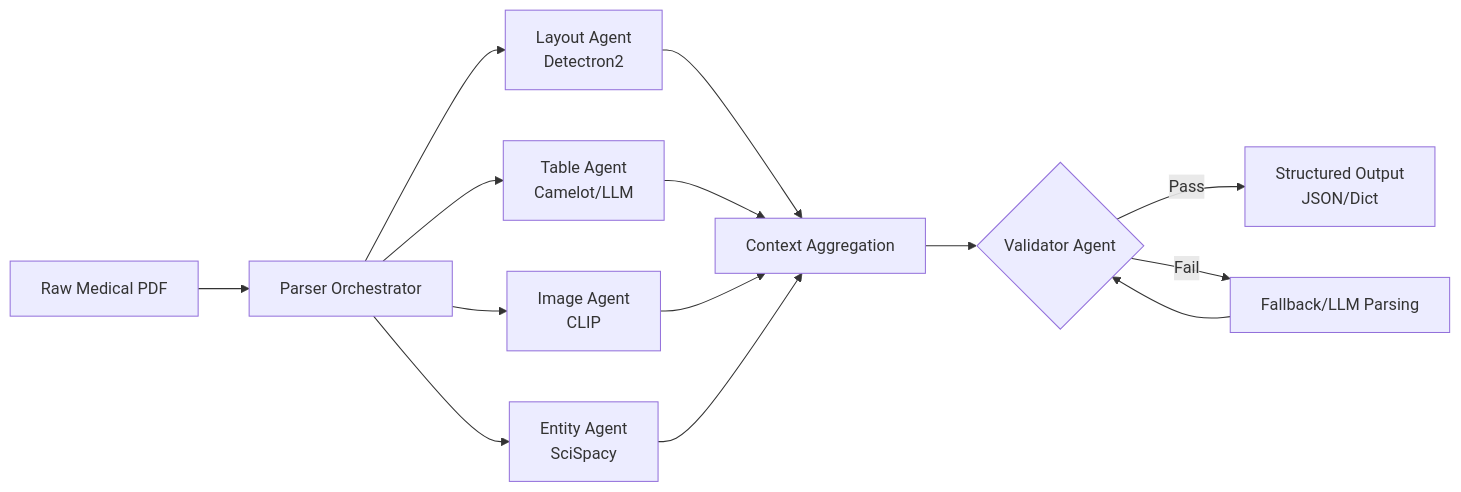
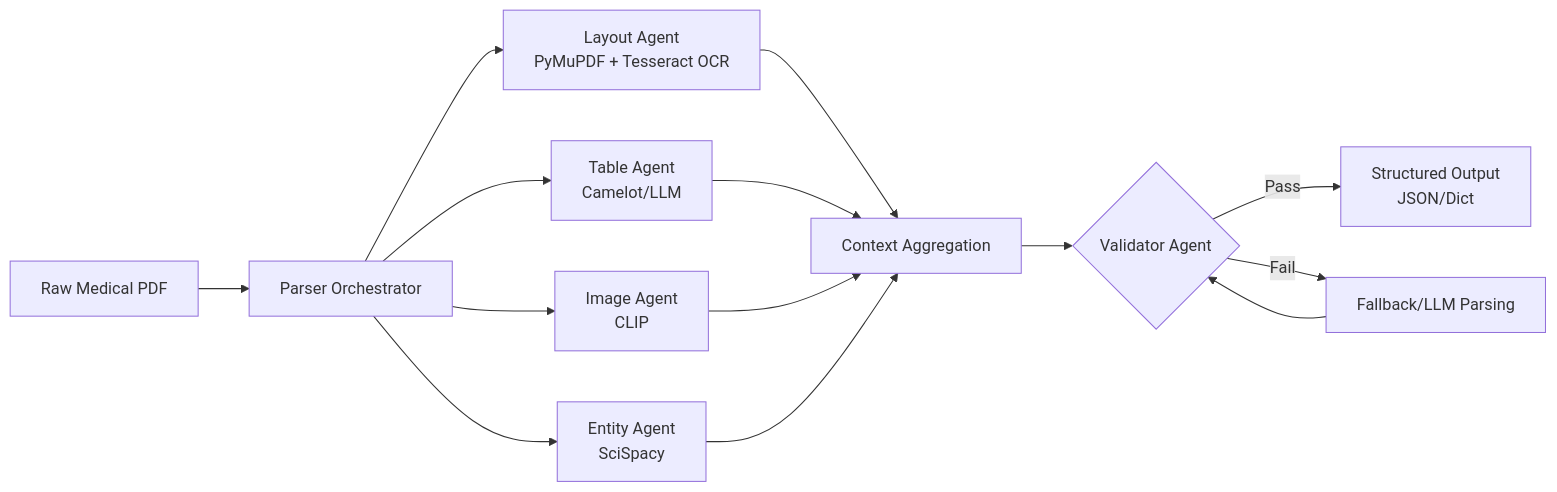
Before and after one commit to SanskarG-20/Medical-RAG: the second of 5 diagrams in README.md, drawn with Mermaid. The commit also changed other lines of this file, not shown here.

First line of the commit message:
docs: update README with ChromaDB architecture, OCR pipeline, and technology table

````diff
--- a/README.md
+++ b/README.md
@@ -45,20 +49,19 @@
 ```mermaid
 graph LR
-    %% Parsing Pipeline
     PDF[Raw Medical PDF] --> Parser[Parser Orchestrator]
     
-    Parser --> Layout[Layout Agent\nDetectron2]
-    Parser --> Table[Table Agent\nCamelot/LLM]
-    Parser --> Image[Image Agent\nCLIP]
-    Parser --> Entity[Entity Agent\nSciSpacy]
+    Parser --> Layout[Layout Agent<br>PyMuPDF + Tesseract OCR]
+    Parser --> Table[Table Agent<br>Camelot/LLM]
+    Parser --> Image[Image Agent<br>CLIP]
+    Parser --> Entity[Entity Agent<br>SciSpacy]
     
     Layout --> Context[Context Aggregation]
     Table --> Context
     Image --> Context
     Entity --> Context
     
     Context --> Validator{Validator Agent}
-    Validator -- Pass --> Structured[Structured Output\nJSON/Dict]
+    Validator -- Pass --> Structured[Structured Output<br>JSON/Dict]
     Validator -- Fail --> Fallback[Fallback/LLM Parsing]
     Fallback --> Validator
 ```
````
